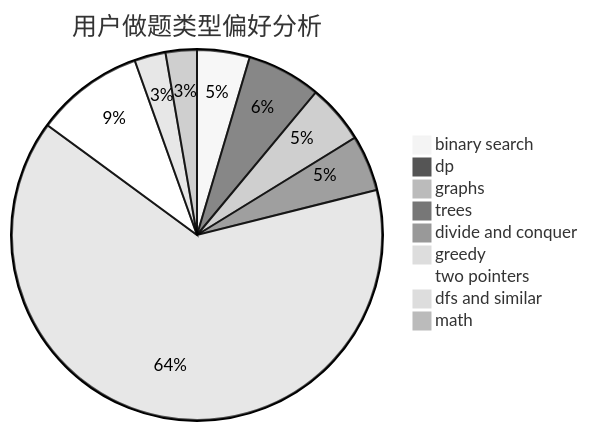
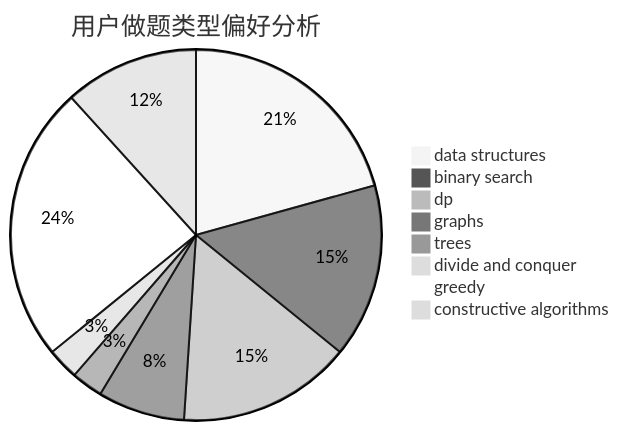
One commit to sherpahu/cfrs.github.io changed the second of 3 diagrams in docs/user/u839.md. Above: the diagram before and after it, drawn with Mermaid (neutral theme). The commit also changed other lines of this file and 2775 other files, not shown here.

````diff
--- a/docs/user/u839.md
+++ b/docs/user/u839.md
@@ -23,12 +23,11 @@
 ```mermaid
 pie title 用户做题类型偏好分析
-    "binary search" :  32
-    "dp" :  45
-    "graphs" :  36
-    "trees" :  34
+    "data structures" :  30
+    "binary search" :  22
+    "dp" :  22
+    "graphs" :  11
+    "trees" :  4
     "divide and conquer" :  4
-    "greedy" :  446
-    "two pointers" :  66
-    "dfs and similar" :  19
-    "math" :  19
+    "greedy" :  35
+    "constructive algorithms" :  17
 ```
````
